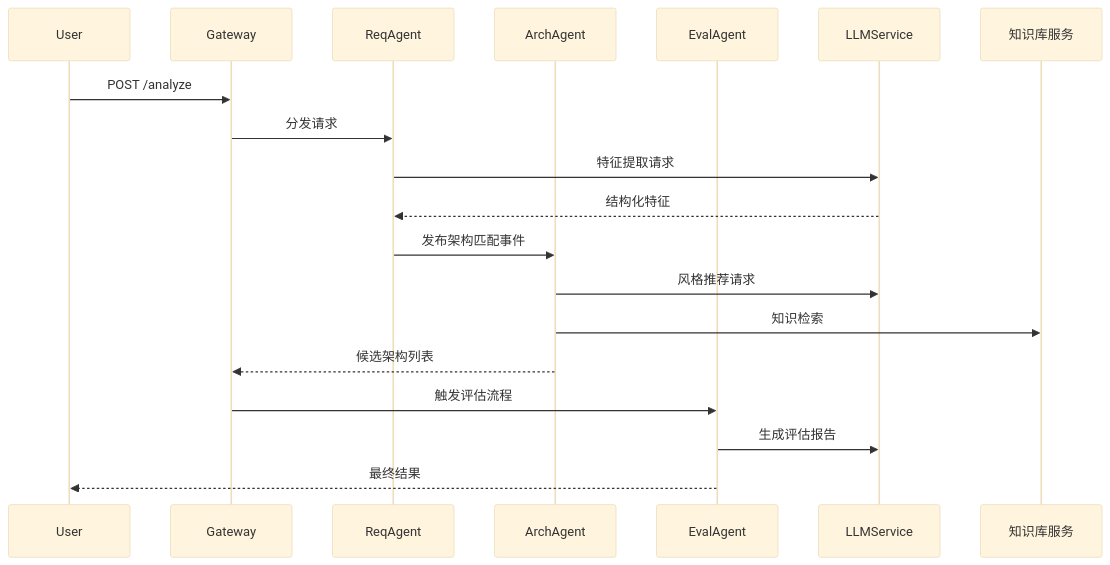
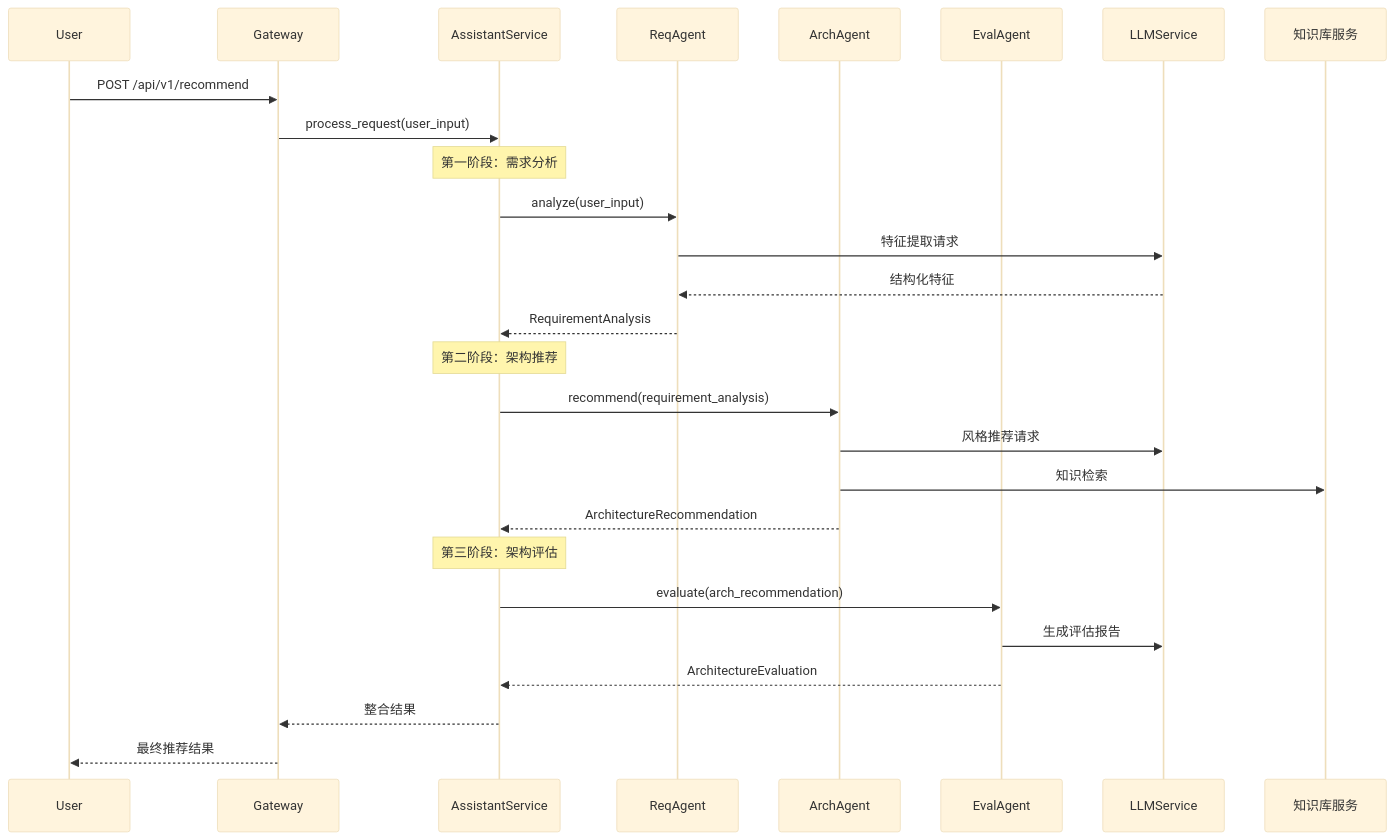
One commit to SoftwArch/ai-architecture-recommender changed the diagram in docs/架构设计文档.md. Above: the diagram before and after it, drawn with Mermaid (base theme). The commit also changed other lines of this file and 10 other files, not shown here.

````diff
--- a/docs/架构设计文档.md
+++ b/docs/架构设计文档.md
@@ -58,21 +85,33 @@
 ```mermaid
 sequenceDiagram
     participant User
     participant Gateway
+    participant AssistantService
     participant ReqAgent
     participant ArchAgent
     participant EvalAgent
     participant LLMService
     
-    User->>Gateway: POST /analyze
-    Gateway->>ReqAgent: 分发请求
+    User->>Gateway: POST /api/v1/recommend
+    Gateway->>AssistantService: process_request(user_input)
+    
+    Note over AssistantService: 第一阶段：需求分析
+    AssistantService->>ReqAgent: analyze(user_input)
     ReqAgent->>LLMService: 特征提取请求
     LLMService-->>ReqAgent: 结构化特征
-    ReqAgent->>ArchAgent: 发布架构匹配事件
+    ReqAgent-->>AssistantService: RequirementAnalysis
+    
+    Note over AssistantService: 第二阶段：架构推荐
+    AssistantService->>ArchAgent: recommend(requirement_analysis)
     ArchAgent->>LLMService: 风格推荐请求
     ArchAgent->>知识库服务: 知识检索
-    ArchAgent-->>Gateway: 候选架构列表
-    Gateway->>EvalAgent: 触发评估流程
+    ArchAgent-->>AssistantService: ArchitectureRecommendation
+    
+    Note over AssistantService: 第三阶段：架构评估
+    AssistantService->>EvalAgent: evaluate(arch_recommendation)
     EvalAgent->>LLMService: 生成评估报告
-    EvalAgent-->>User: 最终结果
+    EvalAgent-->>AssistantService: ArchitectureEvaluation
+    
+    AssistantService-->>Gateway: 整合结果
+    Gateway-->>User: 最终推荐结果
 ```
````
